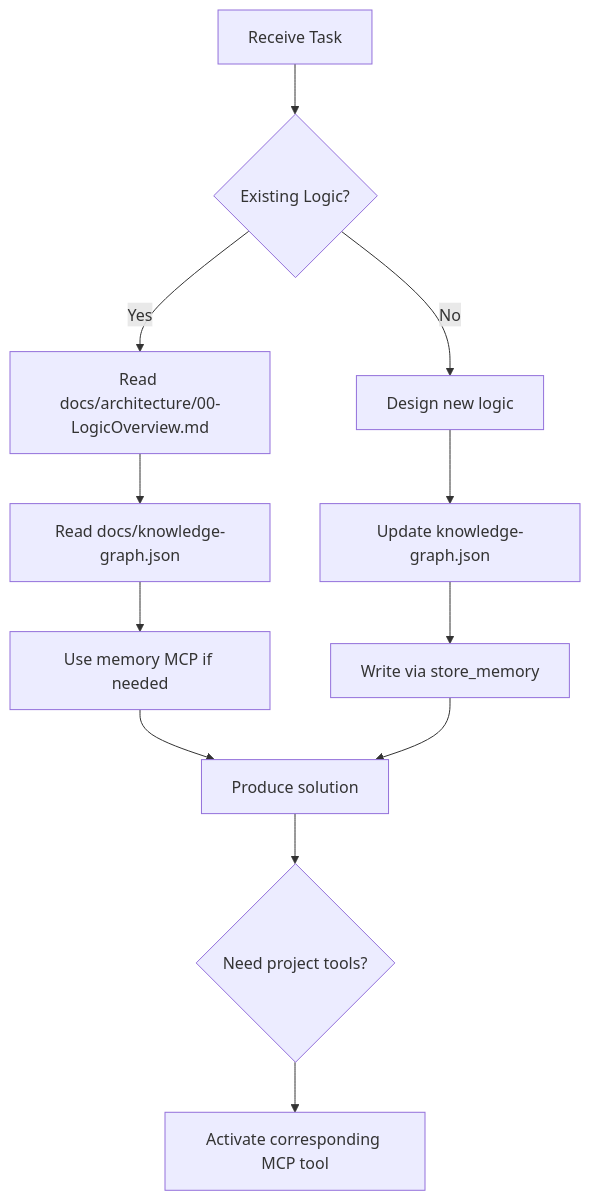
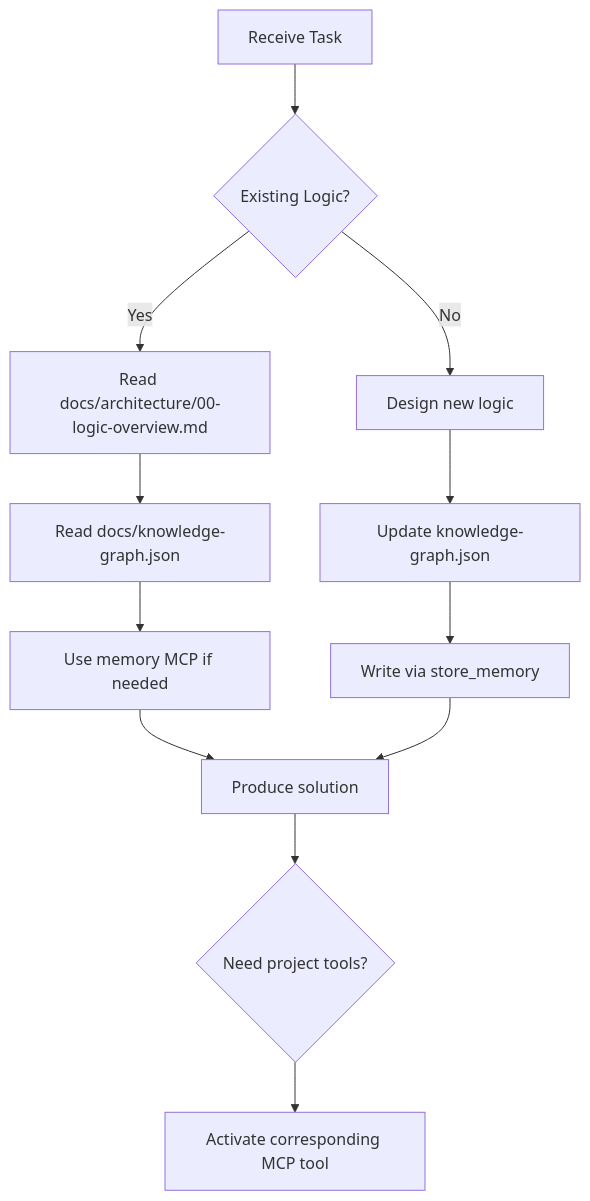
Before and after one commit to 7Spade/Xuanwu: the diagram in .github/copilot-instructions.md, drawn with Mermaid. The commit also changed other lines of this file and 194 other files, not shown here.

Commit message:
chore: standardize docs/architecture file names to kebab-case with numeric prefixes

````diff
--- a/.github/copilot-instructions.md
+++ b/.github/copilot-instructions.md
@@ -116,18 +116,18 @@
 ```mermaid
 flowchart TD
 
 A[Receive Task] --> B{Existing Logic?}
 
-B -- Yes --> C[Read docs/architecture/00-LogicOverview.md]
+B -- Yes --> C[Read docs/architecture/00-logic-overview.md]
 C --> D[Read docs/knowledge-graph.json]
 D --> E[Use memory MCP if needed]
 E --> F[Produce solution]
 
 B -- No --> G[Design new logic]
 G --> H[Update knowledge-graph.json]
 H --> I[Write via store_memory]
 I --> F
 
 F --> J{Need project tools?}
 J --> K[Activate corresponding MCP tool]
 ```
````
